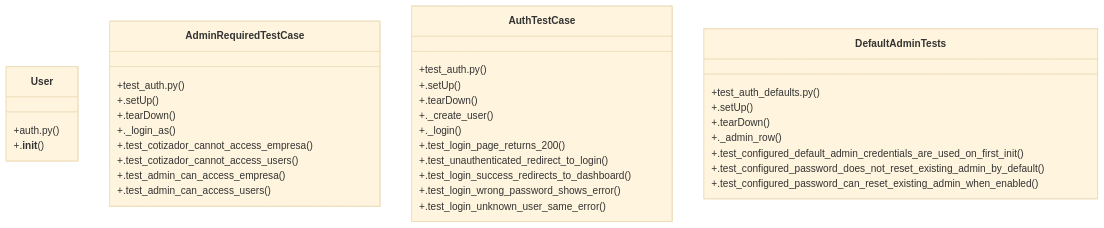
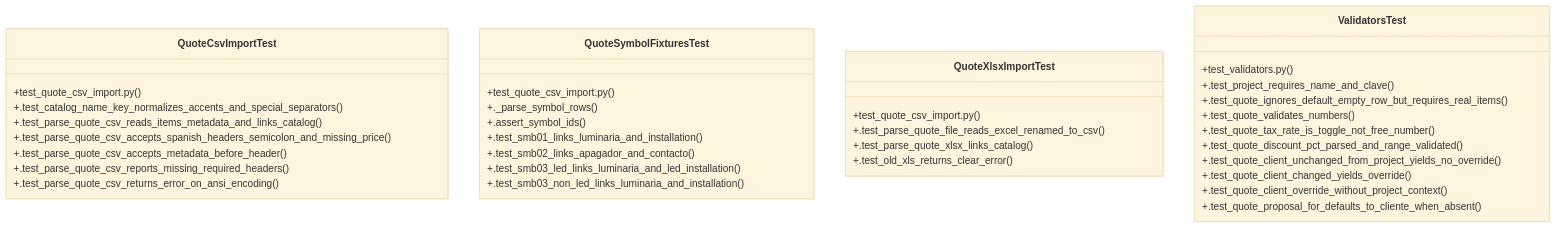
One commit to Daftrick/ProjectTracker changed the diagram in graphify-out/wiki/Community_2.md. Above: the diagram before and after it, drawn with Mermaid (base theme). The commit also changed other lines of this file and 413 other files, not shown here.

````diff
--- a/graphify-out/wiki/Community_2.md
+++ b/graphify-out/wiki/Community_2.md
@@ -36,38 +36,39 @@
 ```mermaid
 classDiagram
-    class User {
-        +auth.py()
-        +.__init__()
+    class QuoteCsvImportTest {
+        +test_quote_csv_import.py()
+        +.test_catalog_name_key_normalizes_accents_and_special_separators()
+        +.test_parse_quote_csv_reads_items_metadata_and_links_catalog()
+        +.test_parse_quote_csv_accepts_spanish_headers_semicolon_and_missing_price()
+        +.test_parse_quote_csv_accepts_metadata_before_header()
+        +.test_parse_quote_csv_reports_missing_required_headers()
+        +.test_parse_quote_csv_returns_error_on_ansi_encoding()
     }
-    class AdminRequiredTestCase {
-        +test_auth.py()
-        +.setUp()
-        +.tearDown()
-        +._login_as()
-        +.test_cotizador_cannot_access_empresa()
-        +.test_cotizador_cannot_access_users()
-        +.test_admin_can_access_empresa()
-        +.test_admin_can_access_users()
+    class QuoteSymbolFixturesTest {
+        +test_quote_csv_import.py()
+        +._parse_symbol_rows()
+        +.assert_symbol_ids()
+        +.test_smb01_links_luminaria_and_installation()
+        +.test_smb02_links_apagador_and_contacto()
+        +.test_smb03_led_links_luminaria_and_led_installation()
+        +.test_smb03_non_led_links_luminaria_and_installation()
     }
-    class AuthTestCase {
-        +test_auth.py()
-        +.setUp()
-        +.tearDown()
-        +._create_user()
-        +._login()
-        +.test_login_page_returns_200()
-        +.test_unauthenticated_redirect_to_login()
-        +.test_login_success_redirects_to_dashboard()
-        +.test_login_wrong_password_shows_error()
-        +.test_login_unknown_user_same_error()
+    class QuoteXlsxImportTest {
+        +test_quote_csv_import.py()
+        +.test_parse_quote_file_reads_excel_renamed_to_csv()
+        +.test_parse_quote_xlsx_links_catalog()
+        +.test_old_xls_returns_clear_error()
     }
-    class DefaultAdminTests {
-        +test_auth_defaults.py()
-        +.setUp()
-        +.tearDown()
-        +._admin_row()
-        +.test_configured_default_admin_credentials_are_used_on_first_init()
-        +.test_configured_password_does_not_reset_existing_admin_by_default()
-        +.test_configured_password_can_reset_existing_admin_when_enabled()
+    class ValidatorsTest {
+        +test_validators.py()
+        +.test_project_requires_name_and_clave()
+        +.test_quote_ignores_default_empty_row_but_requires_real_items()
+        +.test_quote_validates_numbers()
+        +.test_quote_tax_rate_is_toggle_not_free_number()
+        +.test_quote_discount_pct_parsed_and_range_validated()
+        +.test_quote_client_unchanged_from_project_yields_no_override()
+        +.test_quote_client_changed_yields_override()
+        +.test_quote_client_override_without_project_context()
+        +.test_quote_proposal_for_defaults_to_cliente_when_absent()
     }
 ```
````
